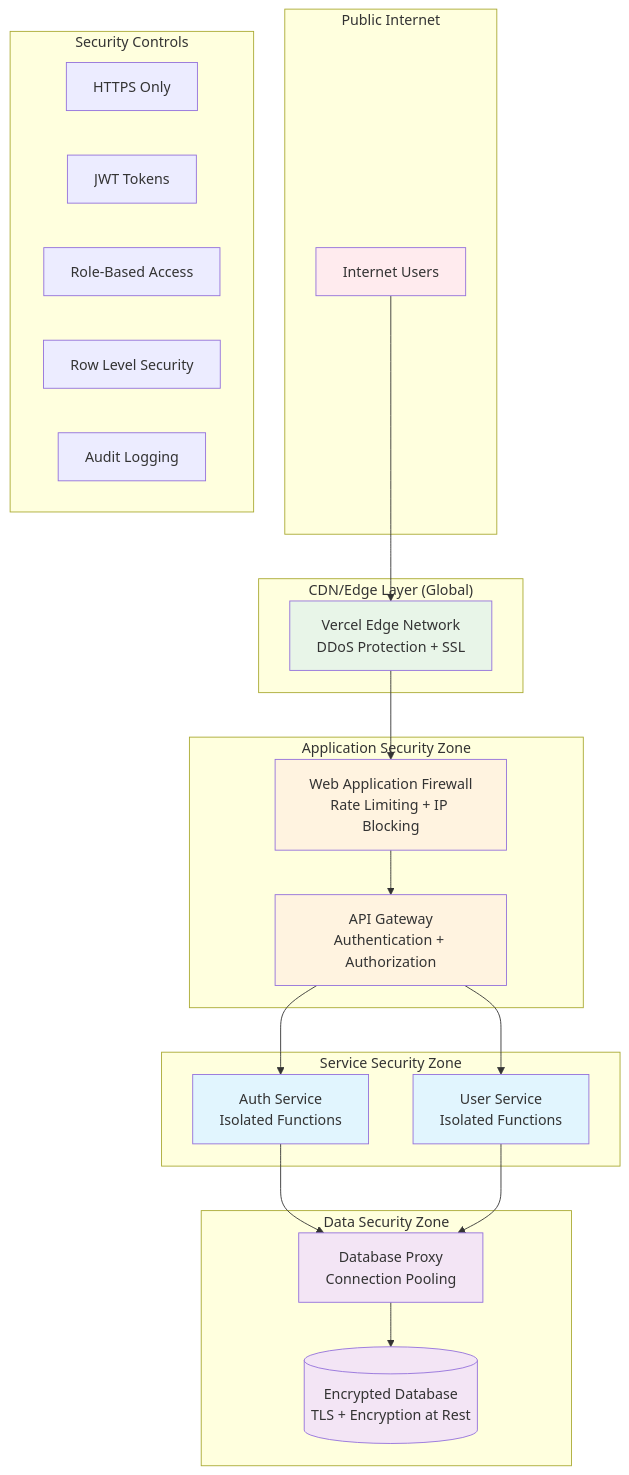
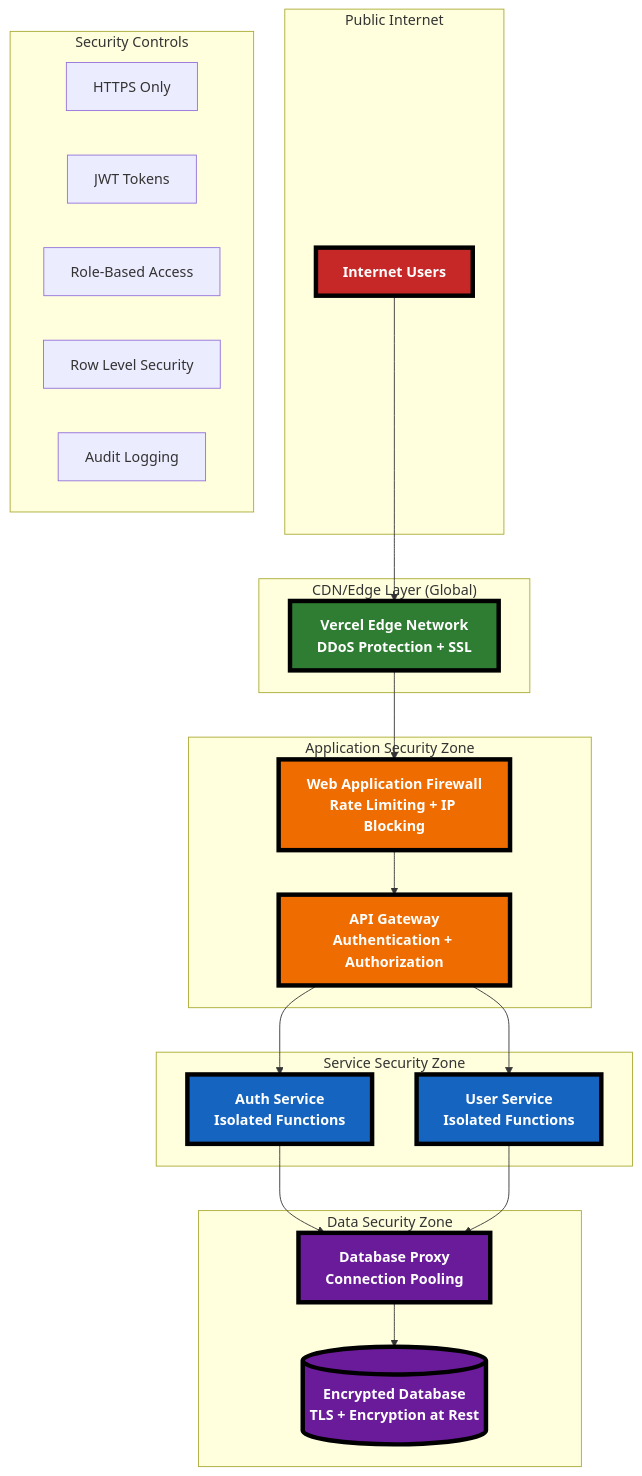
One commit to michchan/project-authenti-idp changed the fourth of 4 diagrams in docs/architecture/diagrams/system-architecture.md. Above: the diagram before and after it, drawn with Mermaid. The commit also changed other lines of this file and 22 other files, not shown here.

Commit message:
Review agent’s plan for architecture / and further on ux design

````diff
--- a/docs/architecture/diagrams/system-architecture.md
+++ b/docs/architecture/diagrams/system-architecture.md
@@ -187,56 +375,56 @@
 ```mermaid
 graph TB
     subgraph "Public Internet"
         Internet[Internet Users]
     end
     
     subgraph "CDN/Edge Layer (Global)"
         CDN[Vercel Edge Network<br/>DDoS Protection + SSL]
     end
     
     subgraph "Application Security Zone"
         WAF[Web Application Firewall<br/>Rate Limiting + IP Blocking]
         API[API Gateway<br/>Authentication + Authorization]
     end
     
     subgraph "Service Security Zone"
         AuthSvc[Auth Service<br/>Isolated Functions]
         UserSvc[User Service<br/>Isolated Functions]
     end
     
     subgraph "Data Security Zone"
         DBProxy[Database Proxy<br/>Connection Pooling]
         EncryptedDB[(Encrypted Database<br/>TLS + Encryption at Rest)]
     end
     
     Internet --> CDN
     CDN --> WAF
     WAF --> API
     API --> AuthSvc
     API --> UserSvc
     AuthSvc --> DBProxy
     UserSvc --> DBProxy
     DBProxy --> EncryptedDB
     
     %% Security boundaries
     subgraph "Security Controls"
         HTTPS[HTTPS Only]
         JWT[JWT Tokens]
         RBAC[Role-Based Access]
         RLS[Row Level Security]
         Audit[Audit Logging]
     end
     
-    %% Styling for security zones
-    classDef public fill:#ffebee
-    classDef edge fill:#e8f5e8
-    classDef app fill:#fff3e0
-    classDef service fill:#e1f5fe
-    classDef data fill:#f3e5f5
+    %% High-contrast styling for security zones with thicker borders
+    classDef public fill:#C62828,stroke:#000000,stroke-width:5px,color:#FFFFFF,font-weight:bold
+    classDef edge fill:#2E7D32,stroke:#000000,stroke-width:5px,color:#FFFFFF,font-weight:bold
+    classDef app fill:#EF6C00,stroke:#000000,stroke-width:5px,color:#FFFFFF,font-weight:bold
+    classDef service fill:#1565C0,stroke:#000000,stroke-width:5px,color:#FFFFFF,font-weight:bold
+    classDef data fill:#6A1B9A,stroke:#000000,stroke-width:5px,color:#FFFFFF,font-weight:bold
     
     class Internet public
     class CDN edge
     class WAF,API app
     class AuthSvc,UserSvc service
     class DBProxy,EncryptedDB data
 ```
````
